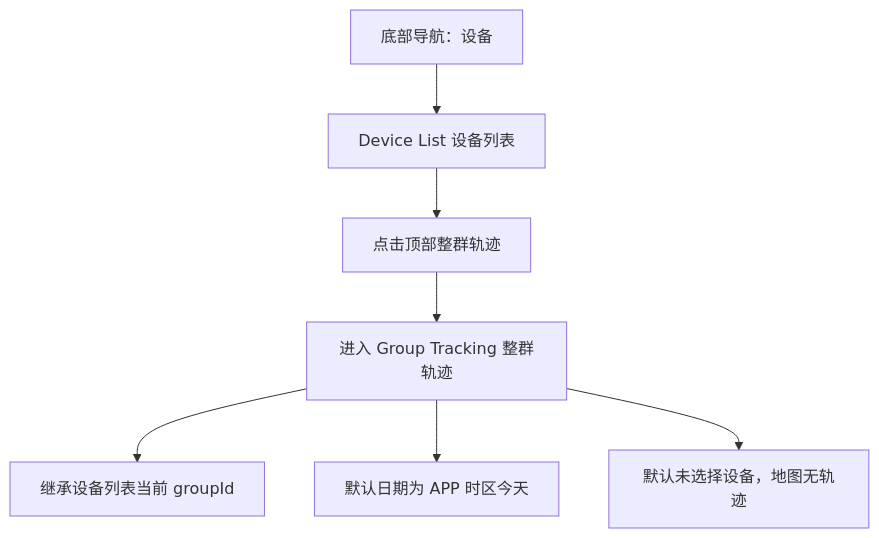
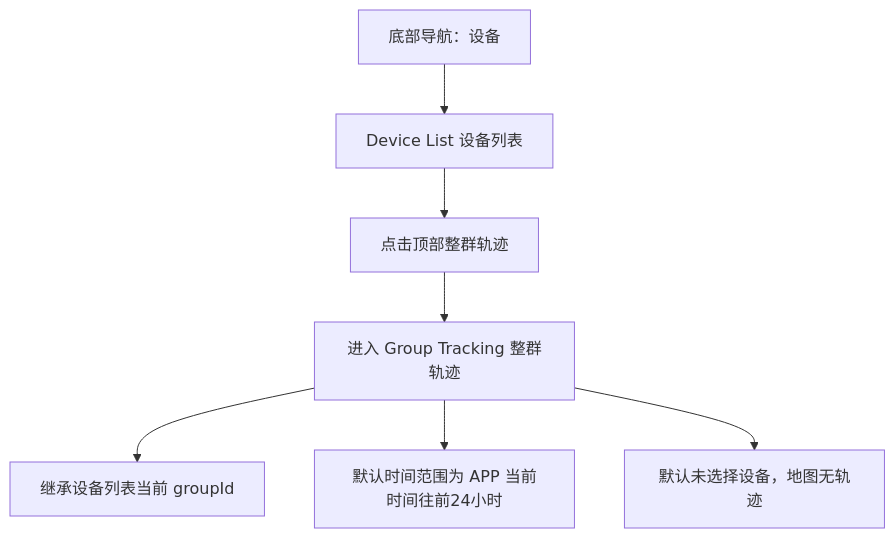
One commit to CuMgNa/skills changed the first of 8 diagrams in docs/manuals/革泰/逻辑大纲/革泰 APP 整群轨迹逻辑点梳理 plan.md. Above: the diagram before and after it, drawn with Mermaid. The commit also changed other lines of this file and 21 other files, not shown here.

````diff
--- a/docs/manuals/革泰/逻辑大纲/革泰 APP 整群轨迹逻辑点梳理 plan.md
+++ b/docs/manuals/革泰/逻辑大纲/革泰 APP 整群轨迹逻辑点梳理 plan.md
@@ -37,9 +38,9 @@
 ```mermaid
 flowchart TD
     A["底部导航：设备"] --> B["Device List 设备列表"]
     B --> C["点击顶部整群轨迹"]
     C --> D["进入 Group Tracking 整群轨迹"]
     D --> E["继承设备列表当前 groupId"]
-    D --> F["默认日期为 APP 时区今天"]
+    D --> F["默认时间范围为 APP 当前时间往前24小时"]
     D --> G["默认未选择设备，地图无轨迹"]
 ```
````
